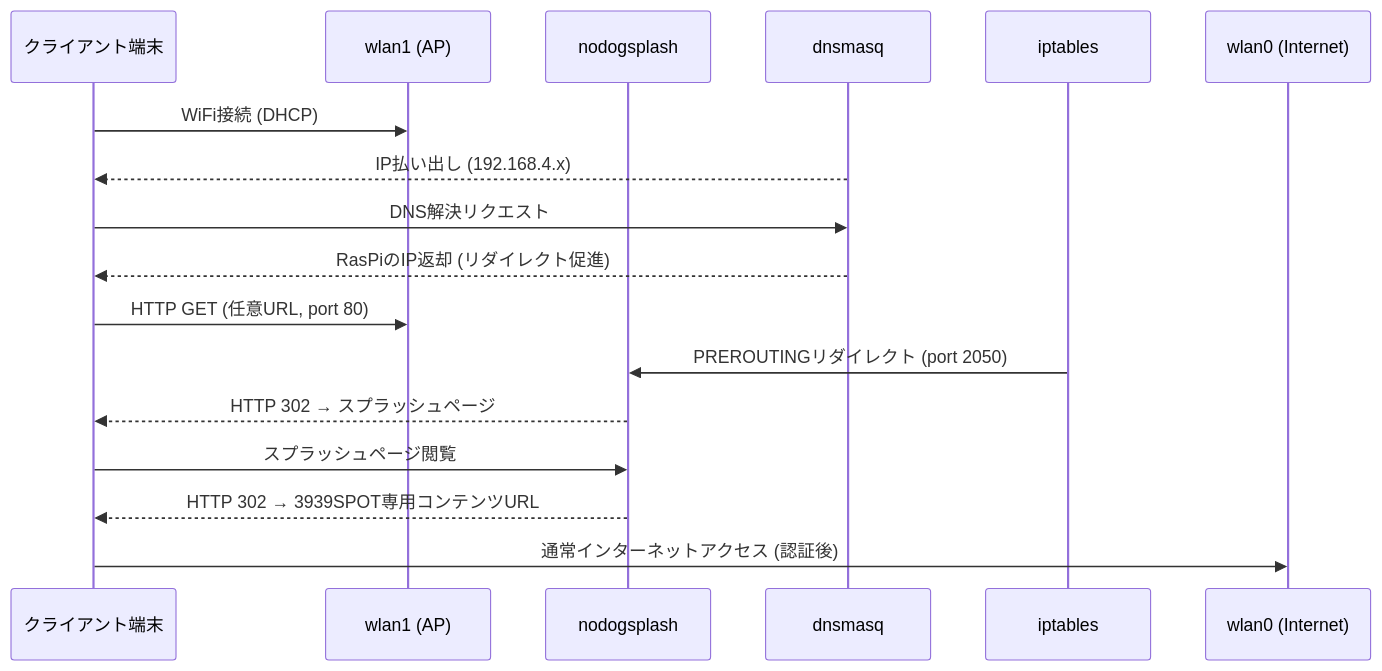
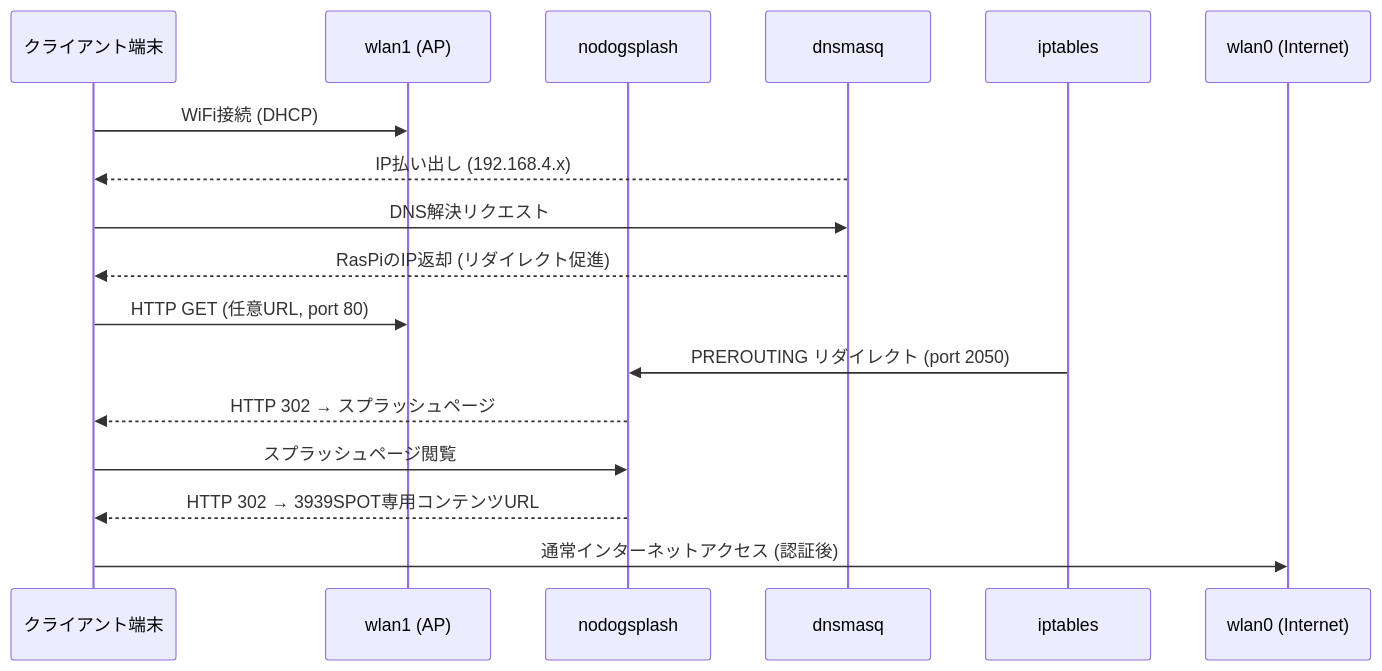
The fifth of 5 diagrams in .kiro/specs/3939spot/design.md (eyepyon/blackdiet), drawn with Mermaid before and after one commit. The commit also changed other lines of this file and 1 other file, not shown here.

First line of the commit message:
docs(3939spot): Update technical architecture and project structure

````diff
--- a/.kiro/specs/3939spot/design.md
+++ b/.kiro/specs/3939spot/design.md
@@ -494,20 +618,20 @@
 ```mermaid
 sequenceDiagram
     participant C as クライアント端末
     participant W1 as wlan1 (AP)
     participant NDS as nodogsplash
     participant DNS as dnsmasq
     participant IPT as iptables
     participant W0 as wlan0 (Internet)
 
     C->>W1: WiFi接続 (DHCP)
     DNS-->>C: IP払い出し (192.168.4.x)
     C->>DNS: DNS解決リクエスト
     DNS-->>C: RasPiのIP返却 (リダイレクト促進)
     C->>W1: HTTP GET (任意URL, port 80)
-    IPT->>NDS: PREROUTINGリダイレクト (port 2050)
+    IPT->>NDS: PREROUTING リダイレクト (port 2050)
     NDS-->>C: HTTP 302 → スプラッシュページ
     C->>NDS: スプラッシュページ閲覧
     NDS-->>C: HTTP 302 → 3939SPOT専用コンテンツURL
     C->>W0: 通常インターネットアクセス (認証後)
 ```
````
